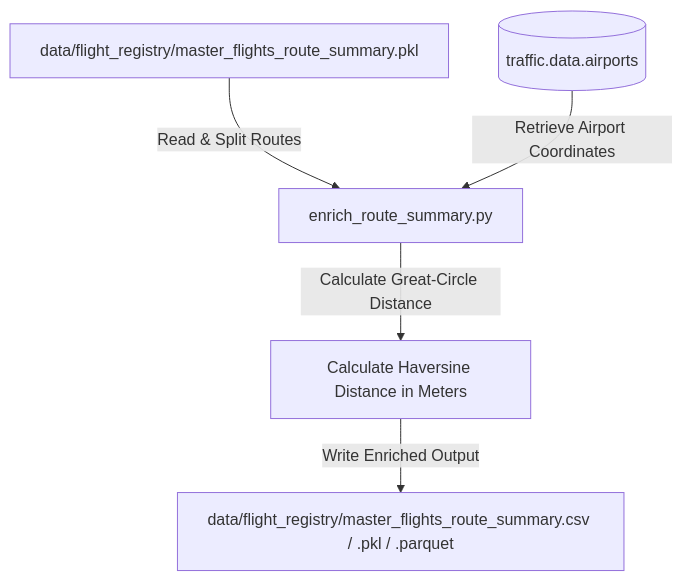
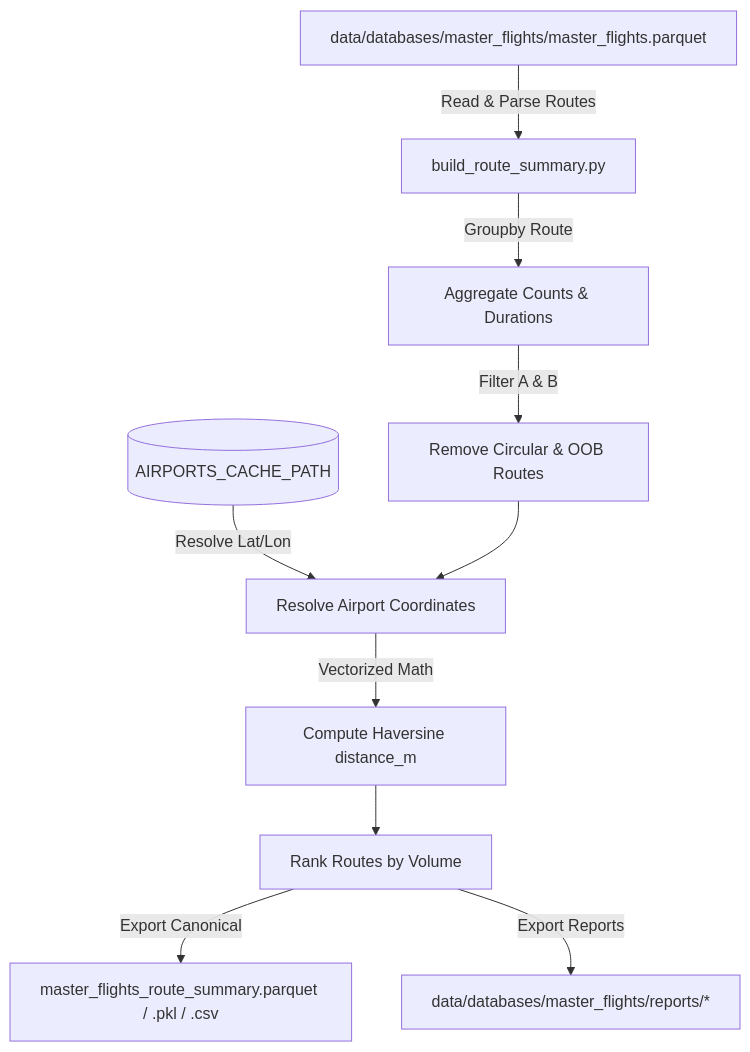
Before and after one commit to Bauzement123/flight-physics-pipeline: the second of 2 diagrams in src/core/acquisition/README.md, drawn with Mermaid. The commit also changed other lines of this file and 11 other files, not shown here.

Commit message:
refactor(acquisition): consolidate route summary generation into build_route_summary and clean commons [tested]

````diff
--- a/src/core/acquisition/README.md
+++ b/src/core/acquisition/README.md
@@ -119,7 +112,12 @@
 ```mermaid
 graph TD
-    A[data/flight_registry/master_flights_route_summary.pkl] -->|Read & Split Routes| B[enrich_route_summary.py]
-    C[(traffic.data.airports)] -->|Retrieve Airport Coordinates| B
-    B -->|Calculate Great-Circle Distance| D[Calculate Haversine Distance in Meters]
-    D -->|Write Enriched Output| E[data/flight_registry/master_flights_route_summary.csv / .pkl / .parquet]
+    InParquet[data/databases/master_flights/master_flights.parquet] -->|Read & Parse Routes| B[build_route_summary.py]
+    B -->|Groupby Route| Agg[Aggregate Counts & Durations]
+    Agg -->|Filter A & B| Filt[Remove Circular & OOB Routes]
+    Cache[(AIRPORTS_CACHE_PATH)] -->|Resolve Lat/Lon| Coord[Resolve Airport Coordinates]
+    Coord -->|Vectorized Math| Dist[Compute Haversine distance_m]
+    Filt --> Coord
+    Dist --> Rank[Rank Routes by Volume]
+    Rank -->|Export Canonical| OutCanon[master_flights_route_summary.parquet / .pkl / .csv]
+    Rank -->|Export Reports| OutRep[data/databases/master_flights/reports/*]
 ```
````
